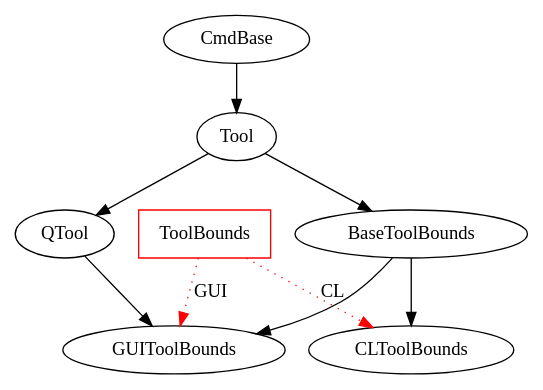
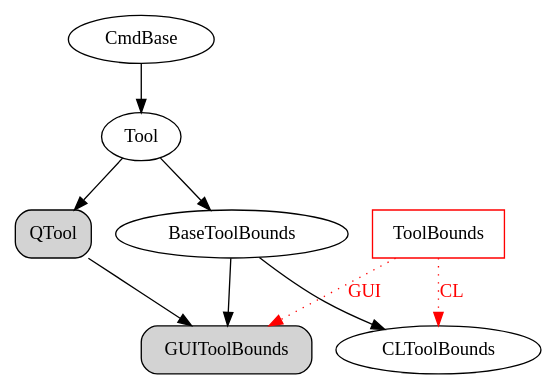
One commit to jorge-ramirez-upm/RepTate changed the seventh of 8 diagrams in docs/source/developers/callgraphGUI.rst. Above: the diagram before and after it, drawn with Graphviz. The commit also changed other lines of this file and 121 other files, not shown here.

Commit message:
Improved code diagrams with links. Added diagram for typical RepTate use.

```diff
--- a/docs/source/developers/callgraphGUI.rst
+++ b/docs/source/developers/callgraphGUI.rst
@@ -173,19 +208,19 @@
 .. graphviz::
 
    digraph foo {
-      "CmdBase" [href="CodeCoreCL.html#cmdbase"]
-      "Tool" [href="CodeCoreCL.html#tool"]
-      "QTool" [href="CodeCoreGUI.html#qtool"]
-      "BaseToolBounds" [href="CodeTools.html#RepTate.tools.ToolBounds.BaseToolBounds"]
-      "ToolBounds" [shape=box,color=red,href="CodeTools.html#RepTate.tools.ToolBounds.ToolBounds"]
-      "CLToolBounds" [href="CodeTools.html#RepTate.tools.ToolBounds.CLToolBounds"]
-      "GUIToolBounds" [href="CodeTools.html#RepTate.tools.ToolBounds.GUIToolBounds"]
+      "CmdBase" [href="../developers/CodeCoreCL.html#cmdbase", target="_top"]
+      "Tool" [href="../developers/CodeCoreCL.html#tool", target="_top"]
+      "QTool" [href="../developers/CodeCoreGUI.html#qtool", target="_top", shape="box", style="rounded,filled"]
+      "ToolBounds" [href="../developers/CodeTools.html#toolbounds", target="_top", shape=box, color=red]
+      "BaseToolBounds" [href="../developers/CodeTools.html#toolbounds", target="_top"]
+      "CLToolBounds" [href="../developers/CodeTools.html#toolbounds", target="_top"]
+      "GUIToolBounds" [href="../developers/CodeTools.html#toolbounds", target="_top", shape="box", style="rounded,filled"]
       "CmdBase" -> "Tool";
       "Tool" -> "QTool";
       "QTool" -> "GUIToolBounds";
       "Tool" -> "BaseToolBounds";
       "BaseToolBounds" -> "CLToolBounds";
       "BaseToolBounds" -> "GUIToolBounds";
-      "ToolBounds" -> "CLToolBounds" [style=dotted, label="CL", color=red];
-      "ToolBounds" -> "GUIToolBounds" [style=dotted, label="GUI", color=red];
+      "ToolBounds" -> "CLToolBounds" [style=dotted, label="CL", color=red, fontcolor=red];
+      "ToolBounds" -> "GUIToolBounds" [style=dotted, label="GUI", color=red, fontcolor=red];
    }
```
